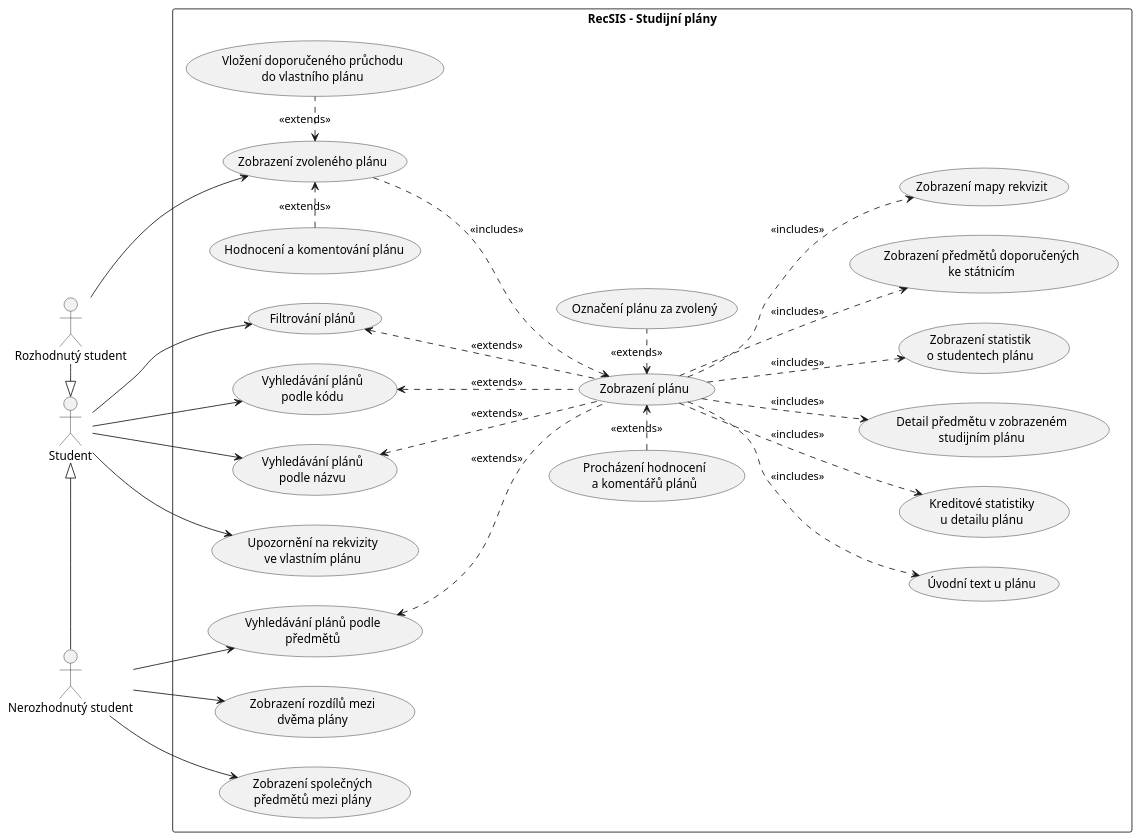
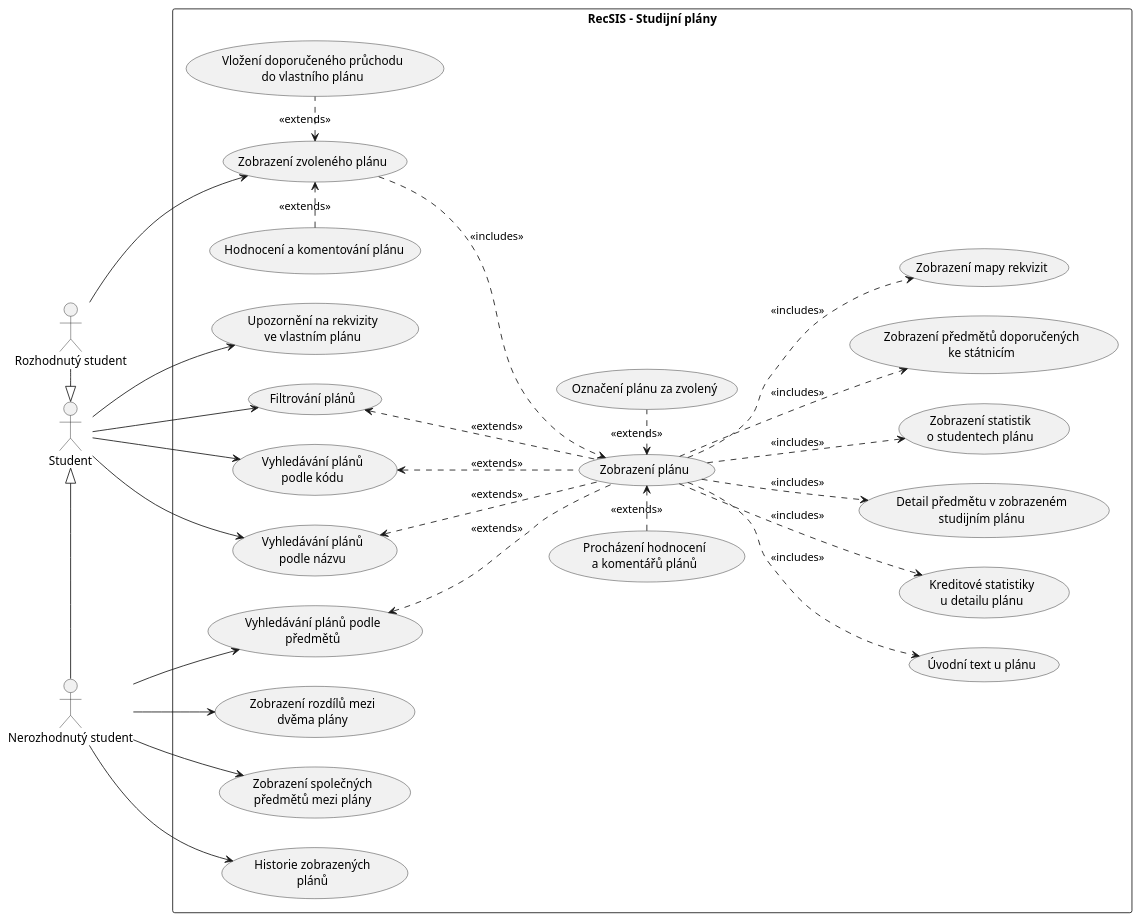
The diagram in documentation/use-case-diagram.plantuml (MedekMichal/analyza-studijnich-planu), drawn with PlantUML before and after one commit. The commit also changed 1 other file, not shown here.

```diff
--- a/documentation/use-case-diagram.plantuml
+++ b/documentation/use-case-diagram.plantuml
@@ -1,64 +1,66 @@
 @startuml use-case-diagram
 
 left to right direction
 
 actor "Student" as AC_S
 actor "Nerozhodnutý student" as AC_NS
 actor "Rozhodnutý student" as AC_RS
 
 rectangle "RecSIS - Studijní plány" {
     usecase "Upozornění na rekvizity\nve vlastním plánu" as UC_001
     usecase "Vyhledávání plánů\npodle názvu" as UC_002
     usecase "Vyhledávání plánů\npodle kódu" as UC_003
     usecase "Filtrování plánů" as UC_004
     usecase "Zobrazení plánu" as UC_005
     usecase "Úvodní text u plánu" as UC_006
     usecase "Kreditové statistiky\nu detailu plánu" as UC_007
     usecase "Detail předmětu v zobrazeném\nstudijním plánu" as UC_008
     usecase "Zobrazení rozdílů mezi\ndvěma plány" as UC_009
     usecase "Zobrazení společných\npředmětů mezi plány" as UC_010
     usecase "Vyhledávání plánů podle\npředmětů" as UC_011
     usecase "Označení plánu za zvolený" as UC_012
     usecase "Zobrazení statistik\no studentech plánu" as UC_013
     usecase "Procházení hodnocení\na komentářů plánů" as UC_014
     usecase "Vložení doporučeného průchodu\ndo vlastního plánu" as UC_015
     usecase "Zobrazení předmětů doporučených\nke státnicím" as UC_016
     usecase "Zobrazení mapy rekvizit" as UC_017
     usecase "Hodnocení a komentování plánu" as UC_018
     usecase "Zobrazení zvoleného plánu" as UC_019
+    usecase "Historie zobrazených\nplánů" as UC_020
 }
 
 AC_NS -l-|> AC_S
 AC_RS -r-|> AC_S
 
 AC_S -r-> UC_001
 AC_S --> UC_002
 AC_S --> UC_003
 AC_S --> UC_004
 
 AC_NS --> UC_009
 AC_NS --> UC_010
-AC_NS -u-> UC_011
+AC_NS --> UC_011
+AC_NS --> UC_020
 
 AC_RS --> UC_019
 
 UC_005 .u.> UC_002 : <<extends>>
 UC_005 .u.> UC_003 : <<extends>>
 UC_005 .u.> UC_004 : <<extends>>
 UC_005 .u.> UC_011 : <<extends>>
 
 UC_005 .d.> UC_006 : <<includes>>
 UC_005 .d.> UC_007 : <<includes>>
 UC_005 .d.> UC_008 : <<includes>>
 UC_005 .d.> UC_013 : <<includes>>
 UC_005 .d.> UC_016 : <<includes>>
 UC_005 .d.> UC_017 : <<includes>>
 
 UC_012 .l.> UC_005 : <<extends>>
 UC_014 .r.> UC_005 : <<extends>>
 
 UC_015 .l.> UC_019 : <<extends>>
 UC_018 .r.> UC_019 : <<extends>>
 UC_019 ..> UC_005 : <<includes>>
 
 @enduml
```
